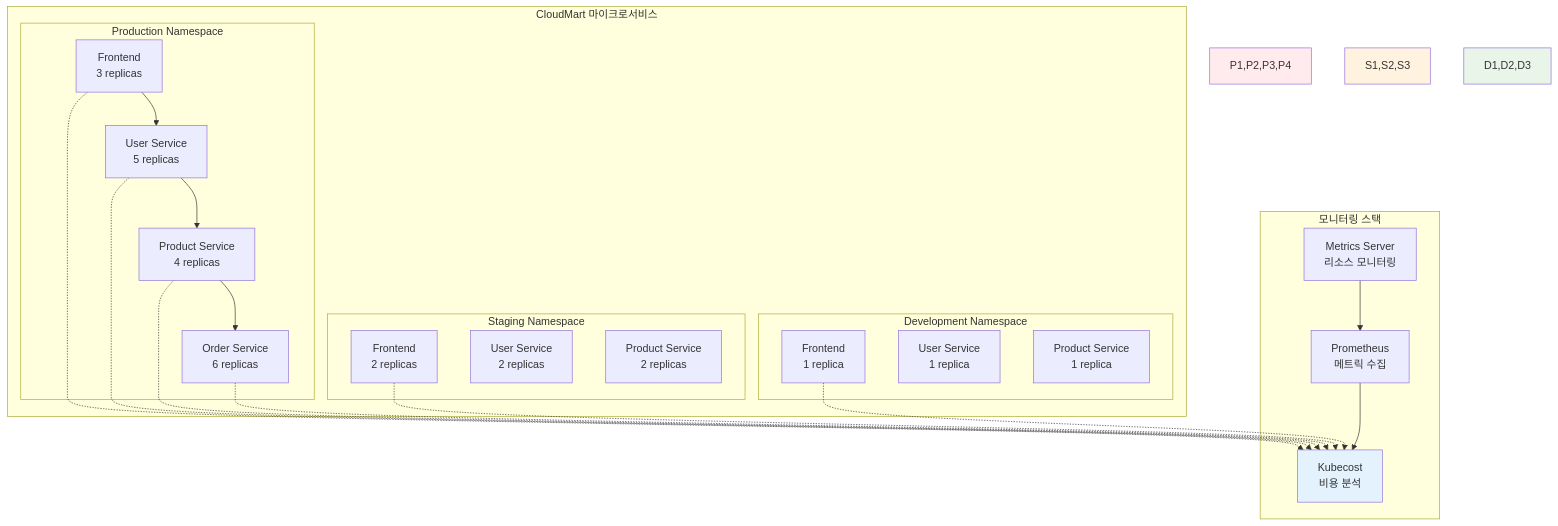
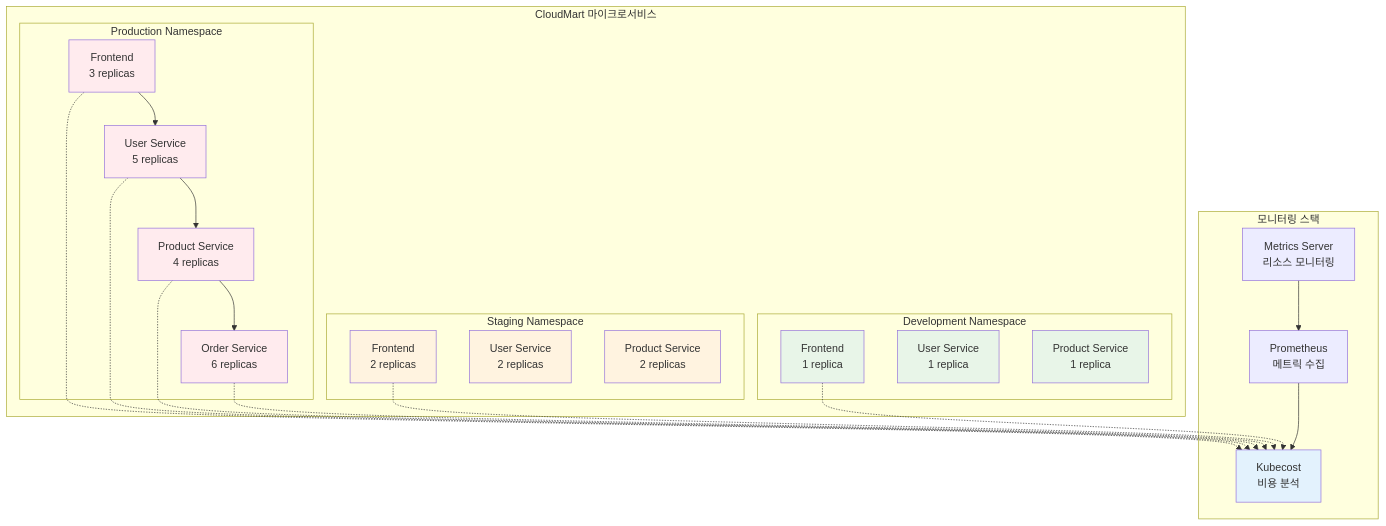
The diagram in theory/week_04/day5/challenge_1.md (niceguy61/kdt_devops_lecture_2025), drawn with Mermaid before and after one commit. The commit also changed 3 other files, not shown here.

````diff
--- a/theory/week_04/day5/challenge_1.md
+++ b/theory/week_04/day5/challenge_1.md
@@ -48,48 +48,55 @@
 ```mermaid
 graph TB
     subgraph "CloudMart 마이크로서비스"
         subgraph "Production Namespace"
             P1[Frontend<br/>3 replicas]
             P2[User Service<br/>5 replicas]
             P3[Product Service<br/>4 replicas]
             P4[Order Service<br/>6 replicas]
         end
         
         subgraph "Staging Namespace"
             S1[Frontend<br/>2 replicas]
             S2[User Service<br/>2 replicas]
             S3[Product Service<br/>2 replicas]
         end
         
         subgraph "Development Namespace"
             D1[Frontend<br/>1 replica]
             D2[User Service<br/>1 replica]
             D3[Product Service<br/>1 replica]
         end
     end
     
     subgraph "모니터링 스택"
         K[Kubecost<br/>비용 분석]
         M[Metrics Server<br/>리소스 모니터링]
         P[Prometheus<br/>메트릭 수집]
     end
     
     P1 --> P2
     P2 --> P3
     P3 --> P4
     
     P1 -.-> K
     P2 -.-> K
     P3 -.-> K
     P4 -.-> K
     S1 -.-> K
     D1 -.-> K
     
     M --> P
     P --> K
     
-    style P1,P2,P3,P4 fill:#ffebee
-    style S1,S2,S3 fill:#fff3e0
-    style D1,D2,D3 fill:#e8f5e8
+    style P1 fill:#ffebee
+    style P2 fill:#ffebee
+    style P3 fill:#ffebee
+    style P4 fill:#ffebee
+    style S1 fill:#fff3e0
+    style S2 fill:#fff3e0
+    style S3 fill:#fff3e0
+    style D1 fill:#e8f5e8
+    style D2 fill:#e8f5e8
+    style D3 fill:#e8f5e8
     style K fill:#e3f2fd
 ```
````
